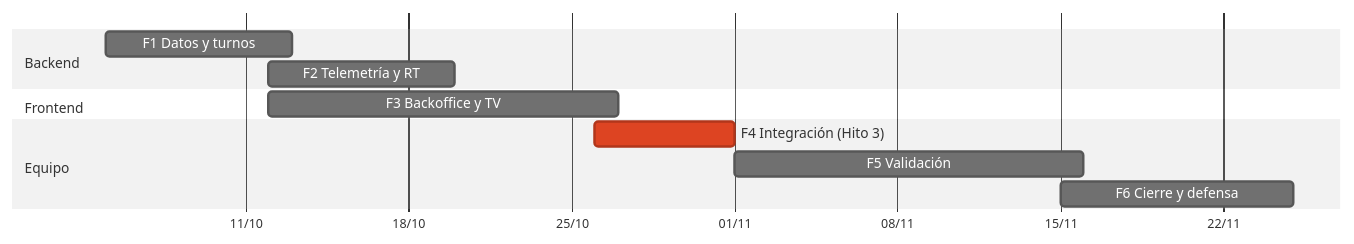
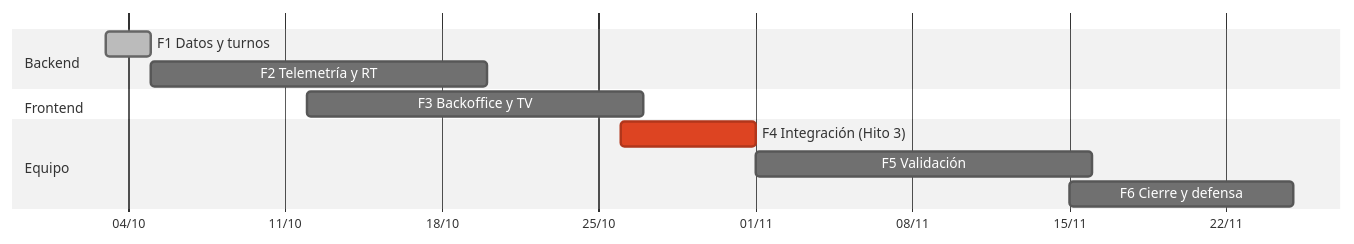
One commit to GastMolina267/pti-monorepo changed the diagram in docs/07-roadmap.md. Above: the diagram before and after it, drawn with Mermaid (neutral theme). The commit also changed other lines of this file and 92 other files, not shown here.

First line of the commit message:
feat(api): fase 1 — datos, turnos, check-in y auth del personal

````diff
--- a/docs/07-roadmap.md
+++ b/docs/07-roadmap.md
@@ -18,14 +18,14 @@
 ```mermaid
 gantt
   dateFormat YYYY-MM-DD
   axisFormat %d/%m
   section Backend
-  F1 Datos y turnos        :f1, 2026-10-05, 8d
-  F2 Telemetría y RT       :f2, 2026-10-12, 8d
+  F1 Datos y turnos        :done, f1, 2026-10-03, 2d
+  F2 Telemetría y RT       :f2, 2026-10-05, 15d
   section Frontend
   F3 Backoffice y TV       :f3, 2026-10-12, 15d
   section Equipo
   F4 Integración (Hito 3)  :crit, f4, 2026-10-26, 6d
   F5 Validación            :f5, 2026-11-01, 15d
   F6 Cierre y defensa      :f6, 2026-11-15, 10d
 ```
````
